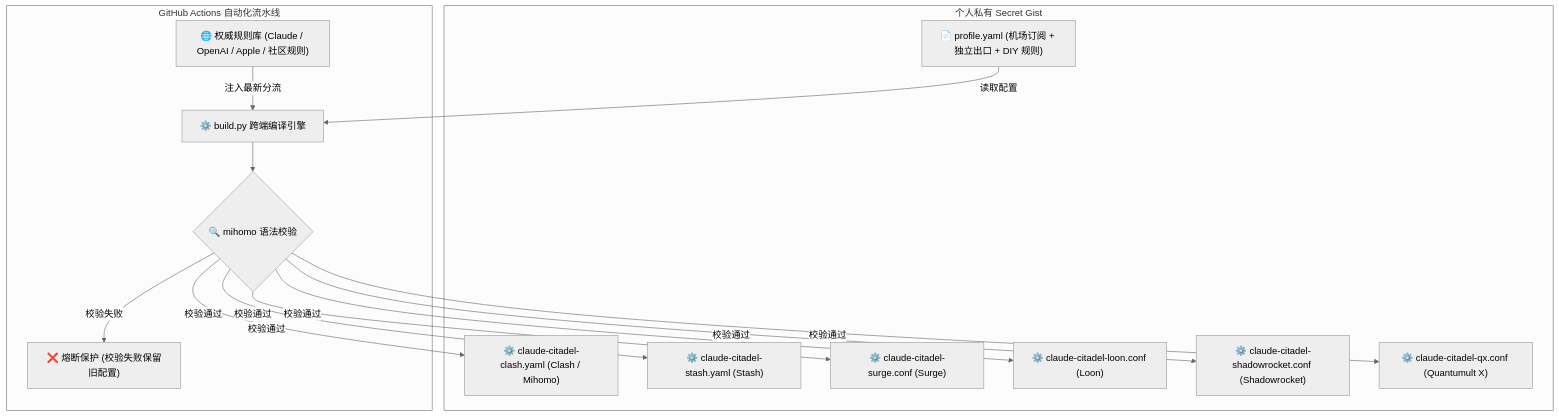
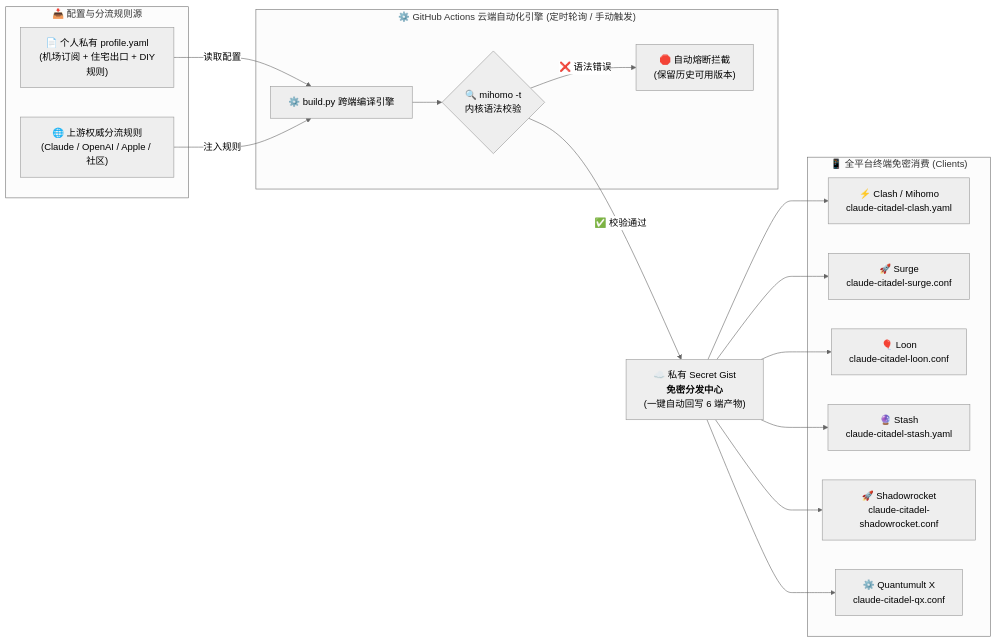
One commit to Weicoz/claude-citadel changed the diagram in README.md. Above: the diagram before and after it, drawn with Mermaid (neutral theme).

Commit message:
docs: 重构架构拓扑图为清晰单向横向流水线 (LR Pipeline)，消除反向连线与视觉冗余

````diff
--- a/README.md
+++ b/README.md
@@ -35,30 +35,42 @@
 ```mermaid
-flowchart TD
-    subgraph GIST ["个人私有 Secret Gist"]
-        IN["📄 profile.yaml (机场订阅 + 独立出口 + DIY 规则)"]
-        OUT1["⚙️ claude-citadel-clash.yaml (Clash / Mihomo)"]
-        OUT2["⚙️ claude-citadel-stash.yaml (Stash)"]
-        OUT3["⚙️ claude-citadel-surge.conf (Surge)"]
-        OUT4["⚙️ claude-citadel-loon.conf (Loon)"]
-        OUT5["⚙️ claude-citadel-shadowrocket.conf (Shadowrocket)"]
-        OUT6["⚙️ claude-citadel-qx.conf (Quantumult X)"]
+flowchart LR
+    %% 1. 配置与规则输入源
+    subgraph SRC ["📥 配置与分流规则源"]
+        P["📄 个人私有 profile.yaml<br/>(机场订阅 + 住宅出口 + DIY规则)"]
+        R["🌐 上游权威分流规则<br/>(Claude / OpenAI / Apple / 社区)"]
     end
 
-    subgraph ACTIONS ["GitHub Actions 自动化流水线"]
-        UP["🌐 权威规则库 (Claude / OpenAI / Apple / 社区规则)"]
-        ACT["⚙️ build.py 跨端编译引擎"]
-        VAL{"🔍 mihomo 语法校验"}
-        ERR["❌ 熔断保护 (校验失败保留旧配置)"]
+    %% 2. 云端自动化流水线
+    subgraph CI ["⚙️ GitHub Actions 云端自动化引擎 (定时轮询 / 手动触发)"]
+        BUILD["⚙️ build.py 跨端编译引擎"]
+        VAL{"🔍 mihomo -t<br/>内核语法校验"}
+        ERR["🛑 自动熔断拦截<br/>(保留历史可用版本)"]
+
+        BUILD --> VAL
+        VAL -->|❌ 语法错误| ERR
     end
 
-    IN -->|读取配置| ACT
-    UP -->|注入最新分流| ACT
-    ACT --> VAL
-    VAL -->|校验通过| OUT1
-    VAL -->|校验通过| OUT2
-    VAL -->|校验通过| OUT3
-    VAL -->|校验通过| OUT4
-    VAL -->|校验通过| OUT5
-    VAL -->|校验通过| OUT6
-    VAL -->|校验失败| ERR
+    %% 3. 私有分发中心
+    GIST["☁️ 私有 Secret Gist<br/><b>免密分发中心</b><br/>(一键自动回写 6 端产物)"]
+
+    %% 4. 全平台客户端
+    subgraph CLIENTS ["📱 全平台终端免密消费 (Clients)"]
+        C1["⚡ Clash / Mihomo<br/>claude-citadel-clash.yaml"]
+        C2["🚀 Surge<br/>claude-citadel-surge.conf"]
+        C3["🎈 Loon<br/>claude-citadel-loon.conf"]
+        C4["🔮 Stash<br/>claude-citadel-stash.yaml"]
+        C5["🚀 Shadowrocket<br/>claude-citadel-shadowrocket.conf"]
+        C6["⚙️ Quantumult X<br/>claude-citadel-qx.conf"]
+    end
+
+    P -->|读取配置| BUILD
+    R -->|注入规则| BUILD
+    VAL -->|✅ 校验通过| GIST
+
+    GIST --> C1
+    GIST --> C2
+    GIST --> C3
+    GIST --> C4
+    GIST --> C5
+    GIST --> C6
 ```
````
